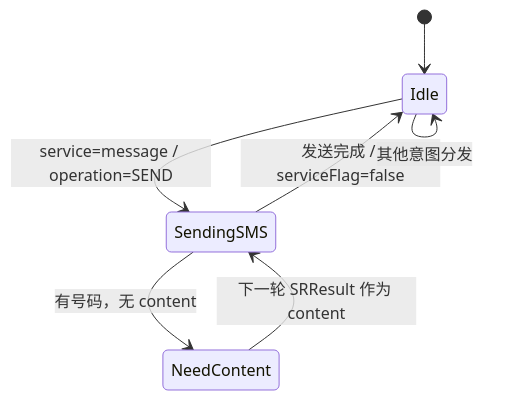
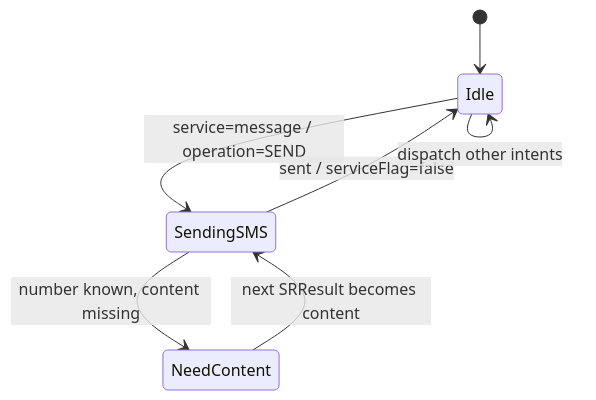
Before and after one commit to noobsolo/DDvoice: the third of 3 diagrams in README.md, drawn with Mermaid. The commit also changed other lines of this file and 1 other file, not shown here.

````diff
--- a/README.md
+++ b/README.md
@@ -282,9 +284,9 @@
 ```mermaid
 stateDiagram-v2
     [*] --> Idle
     Idle --> SendingSMS: service=message / operation=SEND
-    SendingSMS --> NeedContent: 有号码，无 content
-    NeedContent --> SendingSMS: 下一轮 SRResult 作为 content
-    SendingSMS --> Idle: 发送完成 / serviceFlag=false
-    Idle --> Idle: 其他意图分发
+    SendingSMS --> NeedContent: number known, content missing
+    NeedContent --> SendingSMS: next SRResult becomes content
+    SendingSMS --> Idle: sent / serviceFlag=false
+    Idle --> Idle: dispatch other intents
 ```
````
